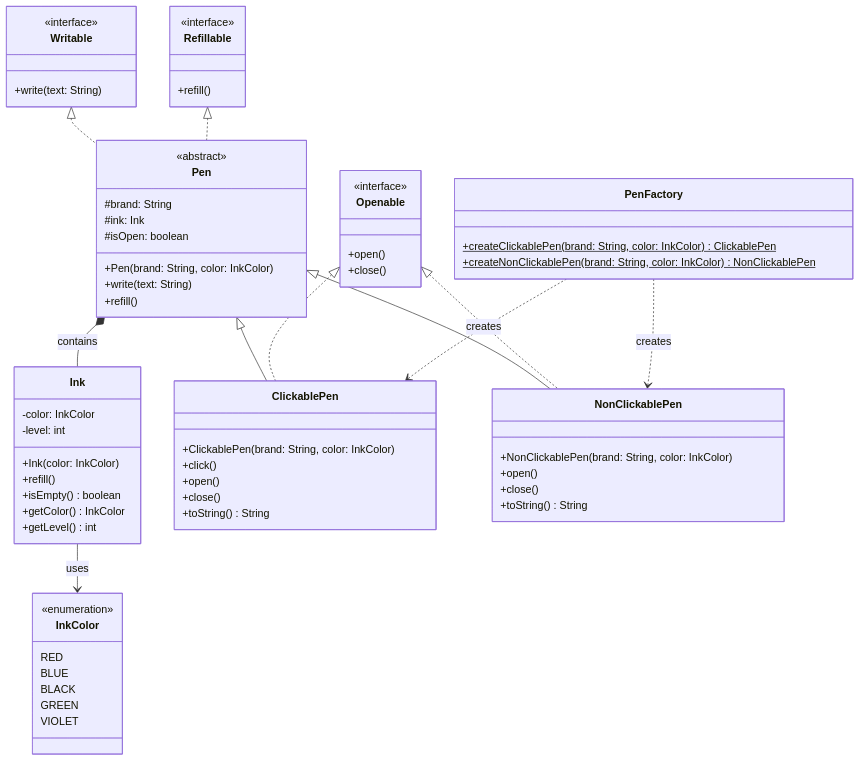
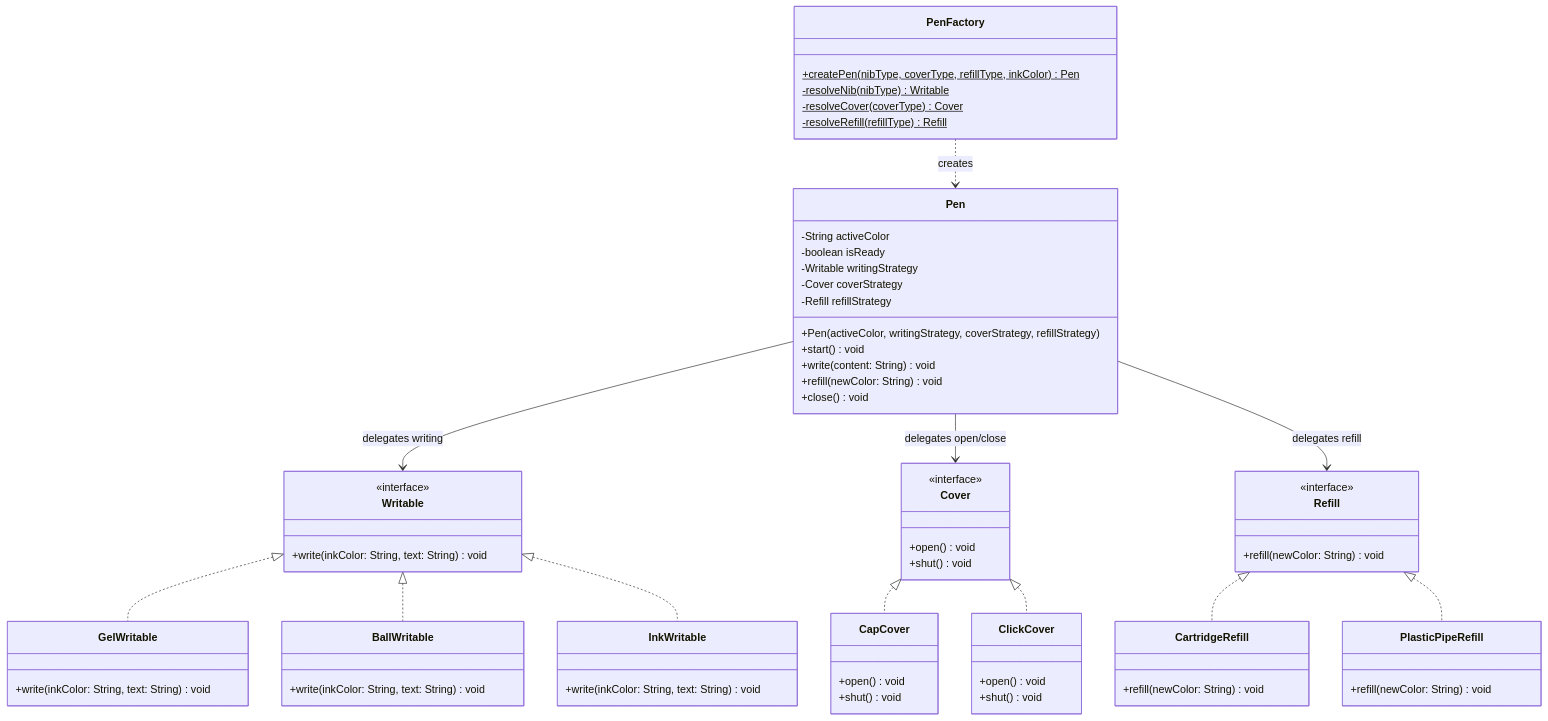
Before and after one commit to areu4sure/SST28-LLD101: the diagram in Pen LLD/README.md, drawn with Mermaid. The commit also changed other lines of this file and 35 other files, not shown here.

````diff
--- a/Pen LLD/README.md
+++ b/Pen LLD/README.md
@@ -44,78 +68,72 @@
 ```mermaid
 classDiagram
     class Writable {
         <<interface>>
-        +write(text: String)
+        +write(inkColor: String, text: String) void
     }
+    class GelWritable {
+        +write(inkColor: String, text: String) void
+    }
+    class BallWritable {
+        +write(inkColor: String, text: String) void
+    }
+    class InkWritable {
+        +write(inkColor: String, text: String) void
+    }
+    Writable <|.. GelWritable
+    Writable <|.. BallWritable
+    Writable <|.. InkWritable
 
-    class Refillable {
+    class Cover {
         <<interface>>
-        +refill()
+        +open() void
+        +shut() void
     }
+    class CapCover {
+        +open() void
+        +shut() void
+    }
+    class ClickCover {
+        +open() void
+        +shut() void
+    }
+    Cover <|.. CapCover
+    Cover <|.. ClickCover
 
-    class Openable {
+    class Refill {
         <<interface>>
-        +open()
-        +close()
+        +refill(newColor: String) void
     }
-    
-    class InkColor {
-        <<enumeration>>
-        RED
-        BLUE
-        BLACK
-        GREEN
-        VIOLET
+    class CartridgeRefill {
+        +refill(newColor: String) void
     }
-    
-    class Ink {
-        -color: InkColor
-        -level: int
-        +Ink(color: InkColor)
-        +refill()
-        +isEmpty() boolean
-        +getColor() InkColor
-        +getLevel() int
+    class PlasticPipeRefill {
+        +refill(newColor: String) void
     }
-    
+    Refill <|.. CartridgeRefill
+    Refill <|.. PlasticPipeRefill
+
     class Pen {
-        <<abstract>>
-        #brand: String
-        #ink: Ink
-        #isOpen: boolean
-        +Pen(brand: String, color: InkColor)
-        +write(text: String)
-        +refill()
+        -String activeColor
+        -boolean isReady
+        -Writable writingStrategy
+        -Cover coverStrategy
+        -Refill refillStrategy
+        +Pen(activeColor, writingStrategy, coverStrategy, refillStrategy)
+        +start() void
+        +write(content: String) void
+        +refill(newColor: String) void
+        +close() void
     }
-    
-    class ClickablePen {
-        +ClickablePen(brand: String, color: InkColor)
-        +click()
-        +open()
-        +close()
-        +toString() String
+    Pen --> Writable : delegates writing
+    Pen --> Cover : delegates open/close
+    Pen --> Refill : delegates refill
+
+    class PenFactory {
+        +createPen(nibType, coverType, refillType, inkColor) Pen$
+        -resolveNib(nibType) Writable$
+        -resolveCover(coverType) Cover$
+        -resolveRefill(refillType) Refill$
     }
-    
-    class NonClickablePen {
-        +NonClickablePen(brand: String, color: InkColor)
-        +open()
-        +close()
-        +toString() String
-    }
-    
-    class PenFactory {
-        +createClickablePen(brand: String, color: InkColor)$ ClickablePen
-        +createNonClickablePen(brand: String, color: InkColor)$ NonClickablePen
-    }
-
-    Writable <|.. Pen
-    Refillable <|.. Pen
-    Pen *-- Ink : contains
-    Ink --> InkColor : uses
-    Pen <|-- ClickablePen
-    Pen <|-- NonClickablePen
-    Openable <|.. ClickablePen
-    Openable <|.. NonClickablePen
-    PenFactory ..> ClickablePen : creates
-    PenFactory ..> NonClickablePen : creates
+    PenFactory ..> Pen : creates
 ```
````
